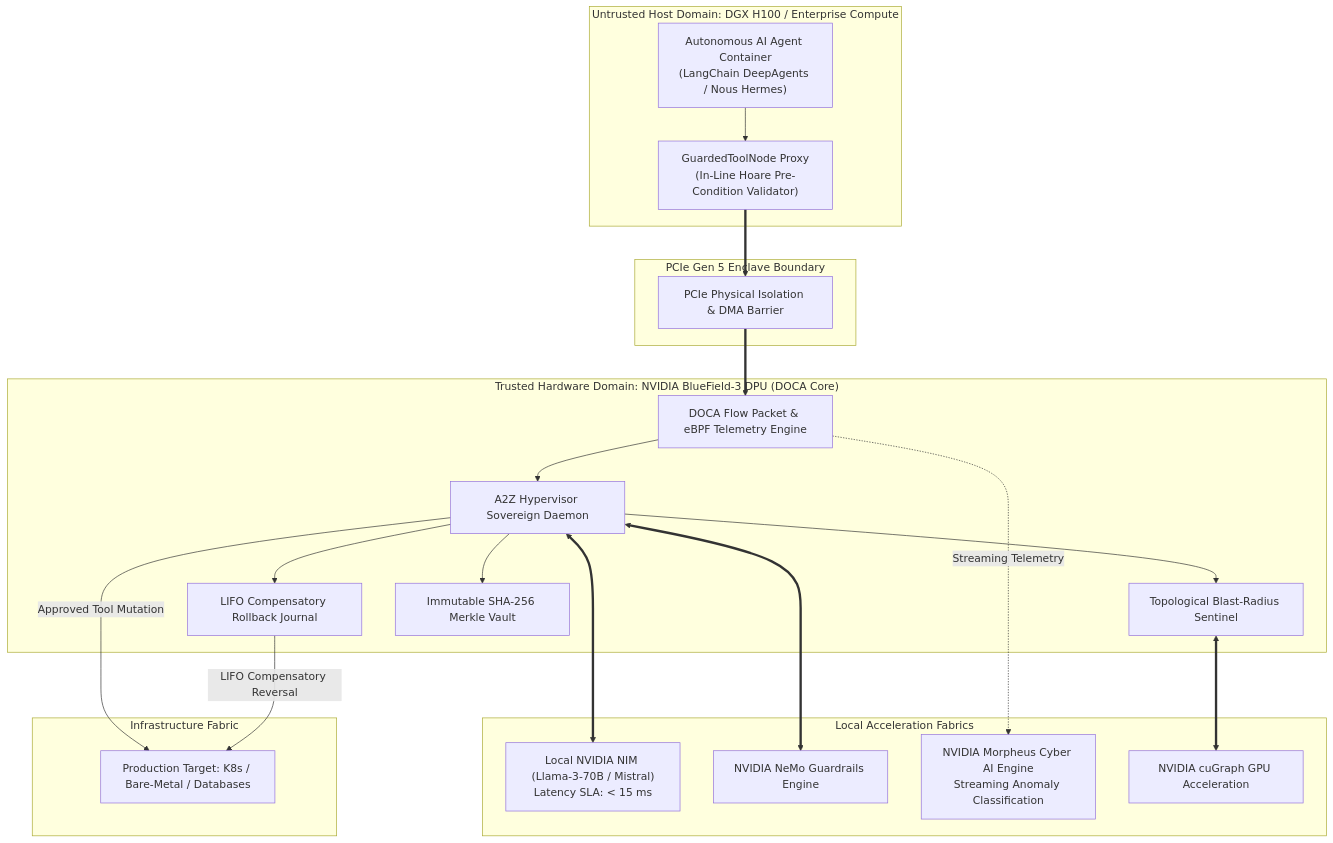
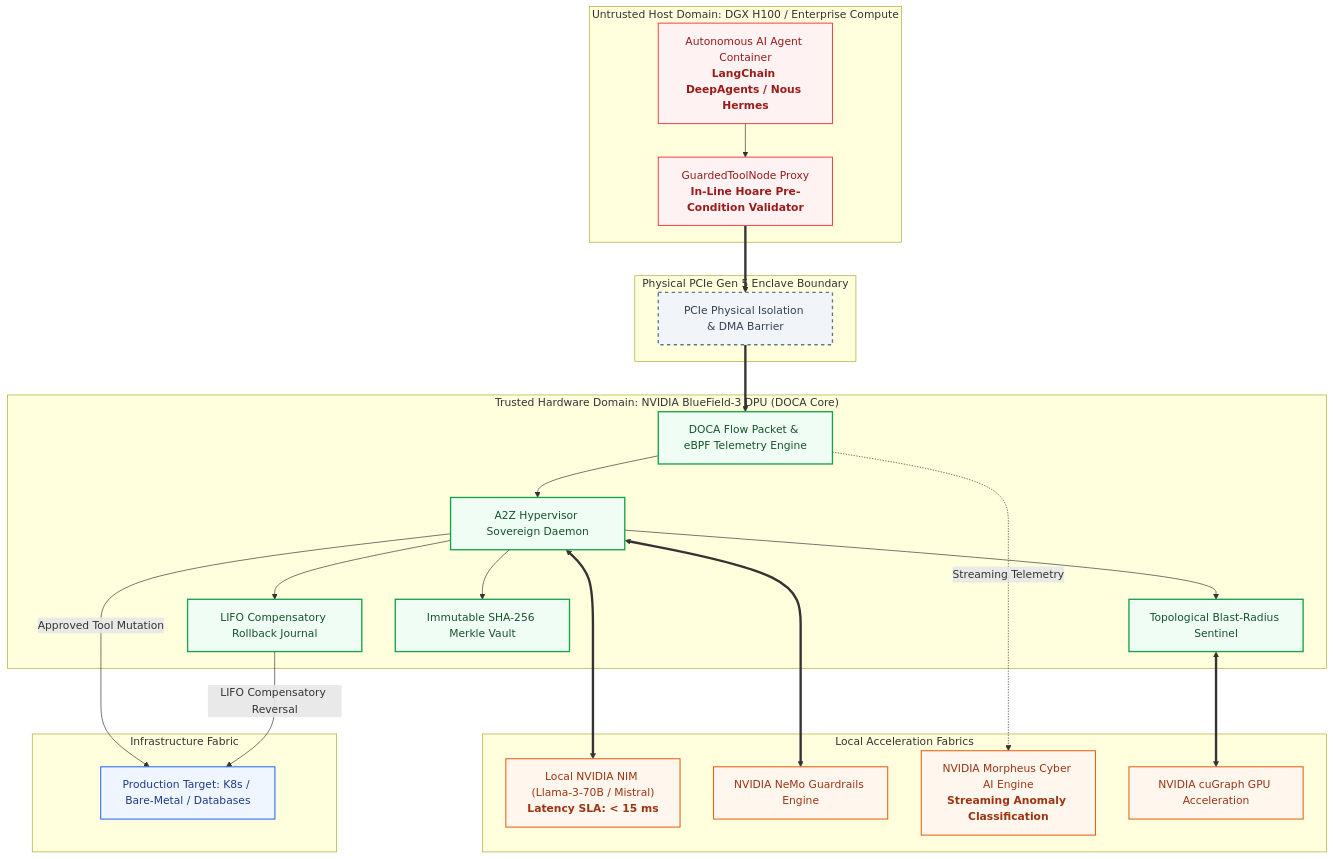
Before and after one commit to AAH20/a2z-agentic-hypervisor: the diagram in docs/NVIDIA_INCEPTION_ARCHITECTURE_WHITEPAPER.md, drawn with Mermaid. The commit also changed 1 other file, not shown here.

Commit message:
docs: replace ASCII diagram and enhance all Mermaid architecture diagrams using diagram-design standards

````diff
--- a/docs/NVIDIA_INCEPTION_ARCHITECTURE_WHITEPAPER.md
+++ b/docs/NVIDIA_INCEPTION_ARCHITECTURE_WHITEPAPER.md
@@ -53,46 +53,52 @@
 ```mermaid
 flowchart TD
+    classDef hostLayer fill:#fef2f2,stroke:#ef4444,stroke-width:1.5px,color:#991b1b;
+    classDef hardwareBarrier fill:#f1f5f9,stroke:#64748b,stroke-width:2px,stroke-dasharray: 5 5,color:#334155;
+    classDef dpuCore fill:#f0fdf4,stroke:#16a34a,stroke-width:2px,color:#14532d;
+    classDef accelFabric fill:#fff7ed,stroke:#ea580c,stroke-width:1.5px,color:#9a3412;
+    classDef infraFabric fill:#eff6ff,stroke:#2563eb,stroke-width:1.5px,color:#1e3a8a;
+
     subgraph Host_Compute ["Untrusted Host Domain: DGX H100 / Enterprise Compute"]
-        AGENT_POD["Autonomous AI Agent Container<br/>(LangChain DeepAgents / Nous Hermes)"]
-        LOCAL_TOOL_NODE["GuardedToolNode Proxy<br/>(In-Line Hoare Pre-Condition Validator)"]
+        AGENT_POD["Autonomous AI Agent Container<br/><b>LangChain DeepAgents / Nous Hermes</b>"]:::hostLayer
+        LOCAL_TOOL_NODE["GuardedToolNode Proxy<br/><b>In-Line Hoare Pre-Condition Validator</b>"]:::hostLayer
         AGENT_POD --> LOCAL_TOOL_NODE
     end
 
-    subgraph PCIe_Bus ["PCIe Gen 5 Enclave Boundary"]
-        PCIE_LINK["PCIe Physical Isolation & DMA Barrier"]
+    subgraph PCIe_Bus ["Physical PCIe Gen 5 Enclave Boundary"]
+        PCIE_LINK["PCIe Physical Isolation & DMA Barrier"]:::hardwareBarrier
     end
 
     subgraph BlueField_DPU ["Trusted Hardware Domain: NVIDIA BlueField-3 DPU (DOCA Core)"]
-        DOCA_FIREWALL["DOCA Flow Packet & eBPF Telemetry Engine"]
-        HYPERVISOR_CORE["A2Z Hypervisor Sovereign Daemon"]
-        BLAST_ENGINE["Topological Blast-Radius Sentinel"]
-        ROLLBACK_ENGINE["LIFO Compensatory Rollback Journal"]
-        ACTION_LEDGER["Immutable SHA-256 Merkle Vault"]
+        DOCA_FIREWALL["DOCA Flow Packet & eBPF Telemetry Engine"]:::dpuCore
+        HYPERVISOR_CORE["A2Z Hypervisor Sovereign Daemon"]:::dpuCore
+        BLAST_ENGINE["Topological Blast-Radius Sentinel"]:::dpuCore
+        ROLLBACK_ENGINE["LIFO Compensatory Rollback Journal"]:::dpuCore
+        ACTION_LEDGER["Immutable SHA-256 Merkle Vault"]:::dpuCore
         
         DOCA_FIREWALL --> HYPERVISOR_CORE
         HYPERVISOR_CORE --> BLAST_ENGINE
         HYPERVISOR_CORE --> ROLLBACK_ENGINE
         HYPERVISOR_CORE --> ACTION_LEDGER
     end
 
     subgraph NVIDIA_Acceleration_Pod ["Local Acceleration Fabrics"]
-        NIM_CONTAINER["Local NVIDIA NIM (Llama-3-70B / Mistral)<br/>Latency SLA: < 15 ms"]
-        NEMO_RAILS["NVIDIA NeMo Guardrails Engine"]
-        MORPHEUS_GNN["NVIDIA Morpheus Cyber AI Engine<br/>Streaming Anomaly Classification"]
-        CUGRAPH_ACCEL["NVIDIA cuGraph GPU Acceleration"]
+        NIM_CONTAINER["Local NVIDIA NIM (Llama-3-70B / Mistral)<br/><b>Latency SLA: < 15 ms</b>"]:::accelFabric
+        NEMO_RAILS["NVIDIA NeMo Guardrails Engine"]:::accelFabric
+        MORPHEUS_GNN["NVIDIA Morpheus Cyber AI Engine<br/><b>Streaming Anomaly Classification</b>"]:::accelFabric
+        CUGRAPH_ACCEL["NVIDIA cuGraph GPU Acceleration"]:::accelFabric
     end
 
     subgraph Enterprise_Target ["Infrastructure Fabric"]
-        PROD_INFRA["Production Target: K8s / Bare-Metal / Databases"]
+        PROD_INFRA["Production Target: K8s / Bare-Metal / Databases"]:::infraFabric
     end
 
     LOCAL_TOOL_NODE ==> PCIE_LINK
     PCIE_LINK ==> DOCA_FIREWALL
 
     HYPERVISOR_CORE <==> NIM_CONTAINER & NEMO_RAILS
     BLAST_ENGINE <==> CUGRAPH_ACCEL
-    DOCA_FIREWALL -. "Streaming Telemetry" .-> MORPHEUS_GNN
+    DOCA_FIREWALL -. Streaming Telemetry .-> MORPHEUS_GNN
 
-    HYPERVISOR_CORE -- "Approved Tool Mutation" --> PROD_INFRA
-    ROLLBACK_ENGINE -- "LIFO Compensatory Reversal" --> PROD_INFRA
+    HYPERVISOR_CORE -- Approved Tool Mutation --> PROD_INFRA
+    ROLLBACK_ENGINE -- LIFO Compensatory Reversal --> PROD_INFRA
 ```
````
